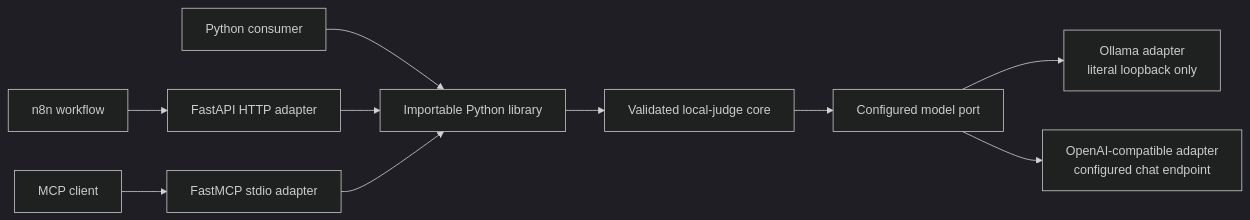
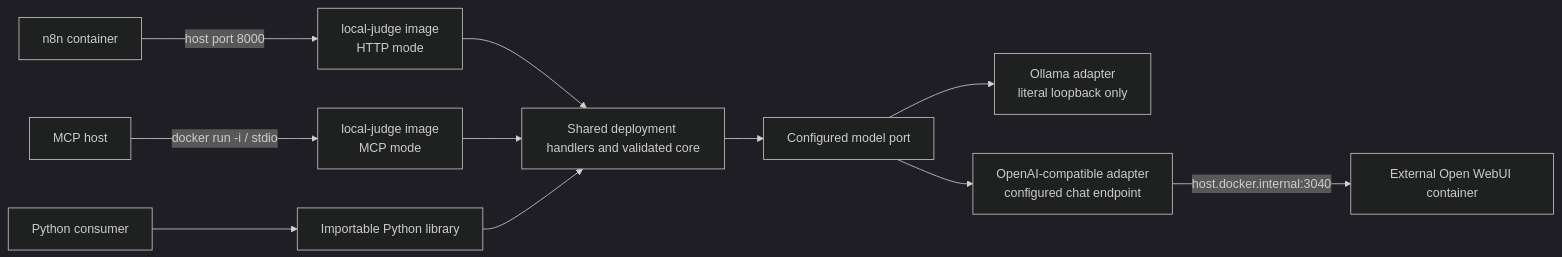
The diagram in docs/architecture.md (alanfong93/local-judge), drawn with Mermaid (dark theme) before and after one commit. The commit also changed other lines of this file and 26 other files, not shown here.

First line of the commit message:
feat: run local-judge as an HTTP and MCP container (#42)

````diff
--- a/docs/architecture.md
+++ b/docs/architecture.md
@@ -5,12 +5,13 @@
 ```mermaid
 flowchart LR
-    N8N["n8n workflow"] --> HTTP["FastAPI HTTP adapter"]
-    AGENT["MCP client"] --> MCP["FastMCP stdio adapter"]
+    N8N["n8n container"] -->|host port 8000| HTTP["local-judge image<br>HTTP mode"]
+    AGENT["MCP host"] -->|docker run -i / stdio| MCP["local-judge image<br>MCP mode"]
     PY["Python consumer"] --> LIB["Importable Python library"]
-    HTTP --> LIB
-    MCP --> LIB
-    LIB --> CORE["Validated local-judge core"]
+    HTTP --> CORE["Shared deployment handlers and validated core"]
+    MCP --> CORE
+    LIB --> CORE
     CORE --> PORT["Configured model port"]
     PORT --> OLLAMA["Ollama adapter<br>literal loopback only"]
     PORT --> ENDPOINT["OpenAI-compatible adapter<br>configured chat endpoint"]
+    ENDPOINT -->|host.docker.internal:3040| WEBUI["External Open WebUI container"]
 ```
````
